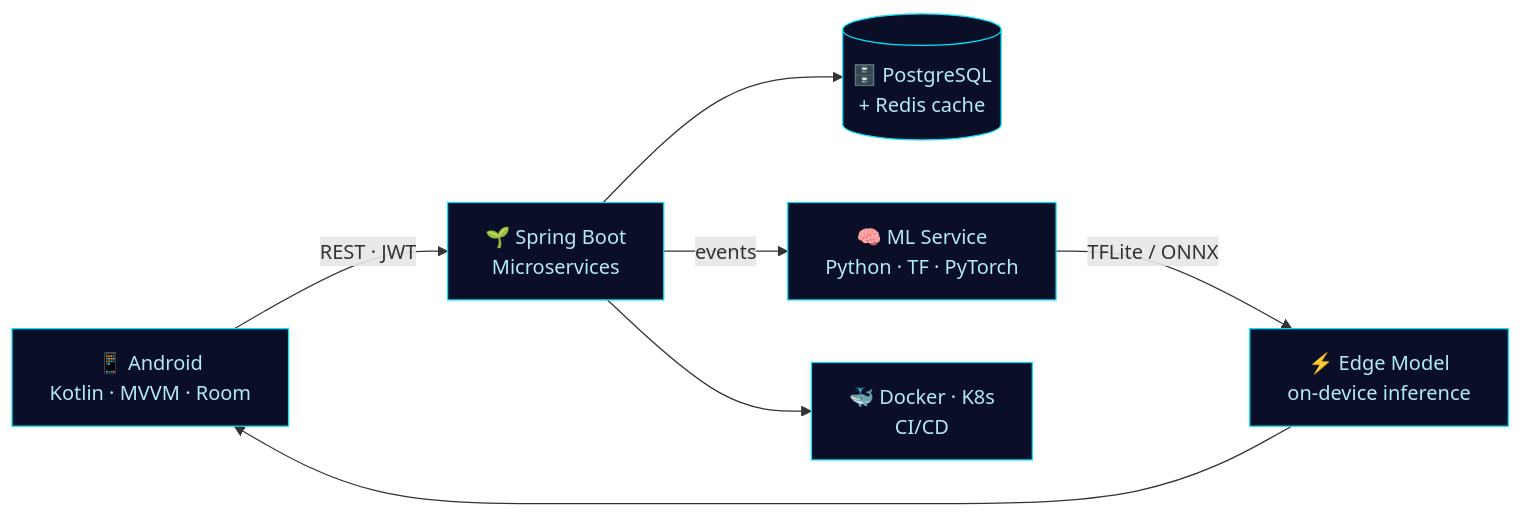
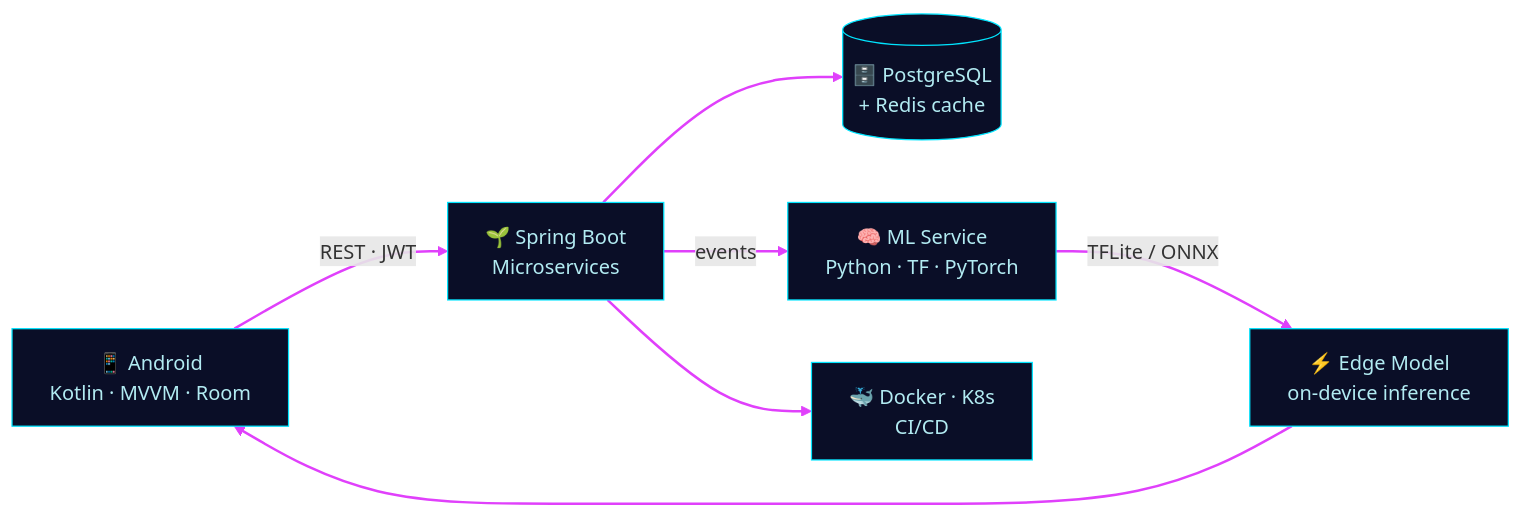
One commit to Abhay9889/Abhay9889 changed the first of 3 diagrams in README.md. Above: the diagram before and after it, drawn with Mermaid. The commit also changed other lines of this file, not shown here.

````diff
--- a/README.md
+++ b/README.md
@@ -41,11 +46,12 @@
 ```mermaid
 flowchart LR
     A["📱 Android<br/>Kotlin · MVVM · Room"] -->|"REST · JWT"| B["🌱 Spring Boot<br/>Microservices"]
     B --> C[("🗄️ PostgreSQL<br/>+ Redis cache")]
     B -->|"events"| D["🧠 ML Service<br/>Python · TF · PyTorch"]
     D -->|"TFLite / ONNX"| E["⚡ Edge Model<br/>on-device inference"]
     E --> A
     B --> F["🐳 Docker · K8s<br/>CI/CD"]
     classDef n fill:#0a0e27,stroke:#00e5ff,color:#b2ebf2;
     class A,B,C,D,E,F n;
+    linkStyle default stroke:#e040fb,stroke-width:2px;
 ```
````
